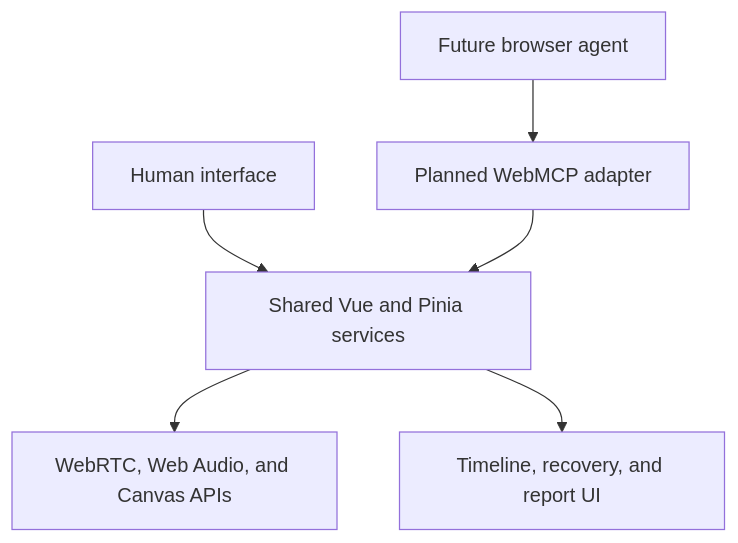
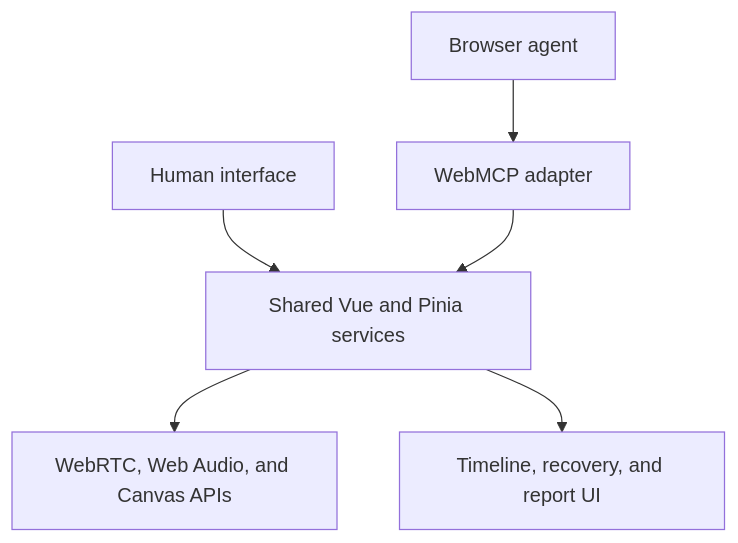
One commit to haitham113/callscope changed the second of 2 diagrams in README.md. Above: the diagram before and after it, drawn with Mermaid. The commit also changed other lines of this file and 23 other files, not shown here.

````diff
--- a/README.md
+++ b/README.md
@@ -177,8 +181,8 @@
 ```mermaid
 flowchart TD
     H["Human interface"] --> S["Shared Vue and Pinia services"]
-    A["Future browser agent"] --> M["Planned WebMCP adapter"]
+    A["Browser agent"] --> M["WebMCP adapter"]
     M --> S
     S --> B["WebRTC, Web Audio, and Canvas APIs"]
     S --> U["Timeline, recovery, and report UI"]
 ```
````
